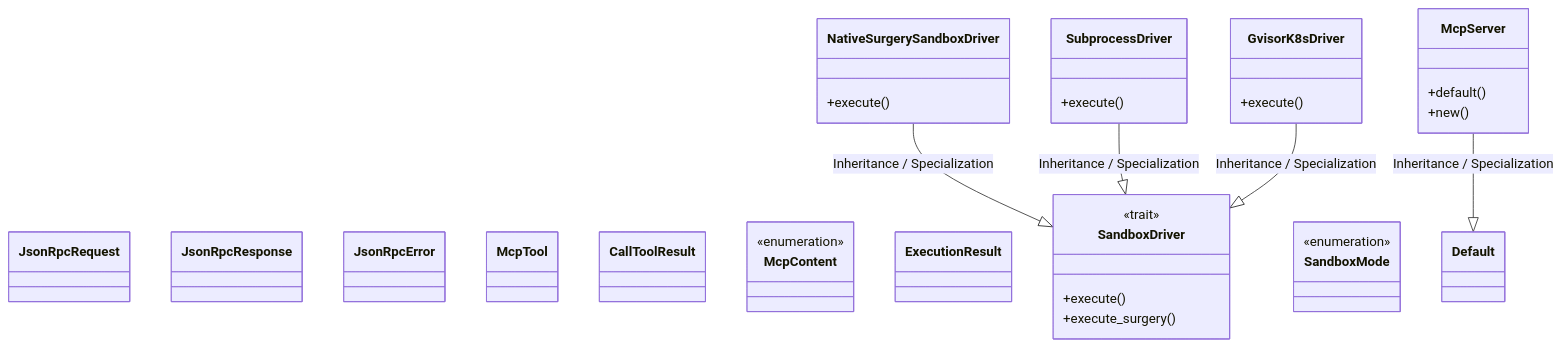
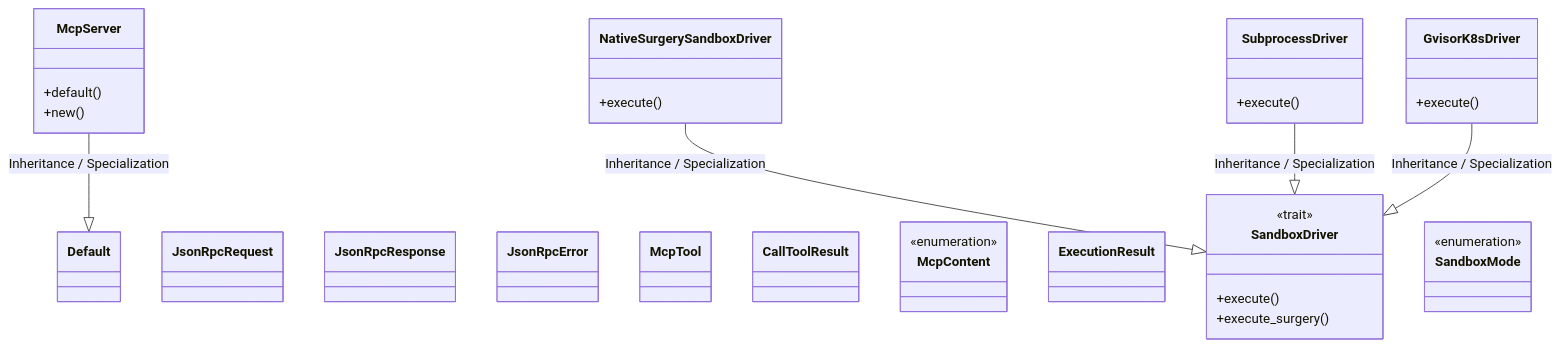
The first of 2 diagrams in openwiki/crates/factory-mcp-server/src/index.md (lgcorzo/rust_CACD_autonomous_factory), drawn with Mermaid before and after one commit. The commit also changed other lines of this file and 37 other files, not shown here.

Commit message:
docs: generate ISO compliant OpenWiki architecture documentation

````diff
--- a/openwiki/crates/factory-mcp-server/src/index.md
+++ b/openwiki/crates/factory-mcp-server/src/index.md
@@ -20,45 +20,45 @@
 ```mermaid
 classDiagram
     direction BT
+    class McpServer {
+        +default()
+        +new()
+    }
+    Default <|-- McpServer : Inheritance / Specialization
     class JsonRpcRequest {
     }
     class JsonRpcResponse {
     }
     class JsonRpcError {
     }
     class McpTool {
     }
     class CallToolResult {
     }
     class McpContent {
         <<enumeration>>
     }
     class ExecutionResult {
     }
     class SandboxDriver {
         <<trait>>
         +execute()
         +execute_surgery()
     }
     class NativeSurgerySandboxDriver {
         +execute()
     }
     SandboxDriver <|-- NativeSurgerySandboxDriver : Inheritance / Specialization
     class SubprocessDriver {
         +execute()
     }
     SandboxDriver <|-- SubprocessDriver : Inheritance / Specialization
     class SandboxMode {
         <<enumeration>>
     }
     class GvisorK8sDriver {
         +execute()
     }
     SandboxDriver <|-- GvisorK8sDriver : Inheritance / Specialization
-    class McpServer {
-        +default()
-        +new()
-    }
-    Default <|-- McpServer : Inheritance / Specialization
 
 ```
````
